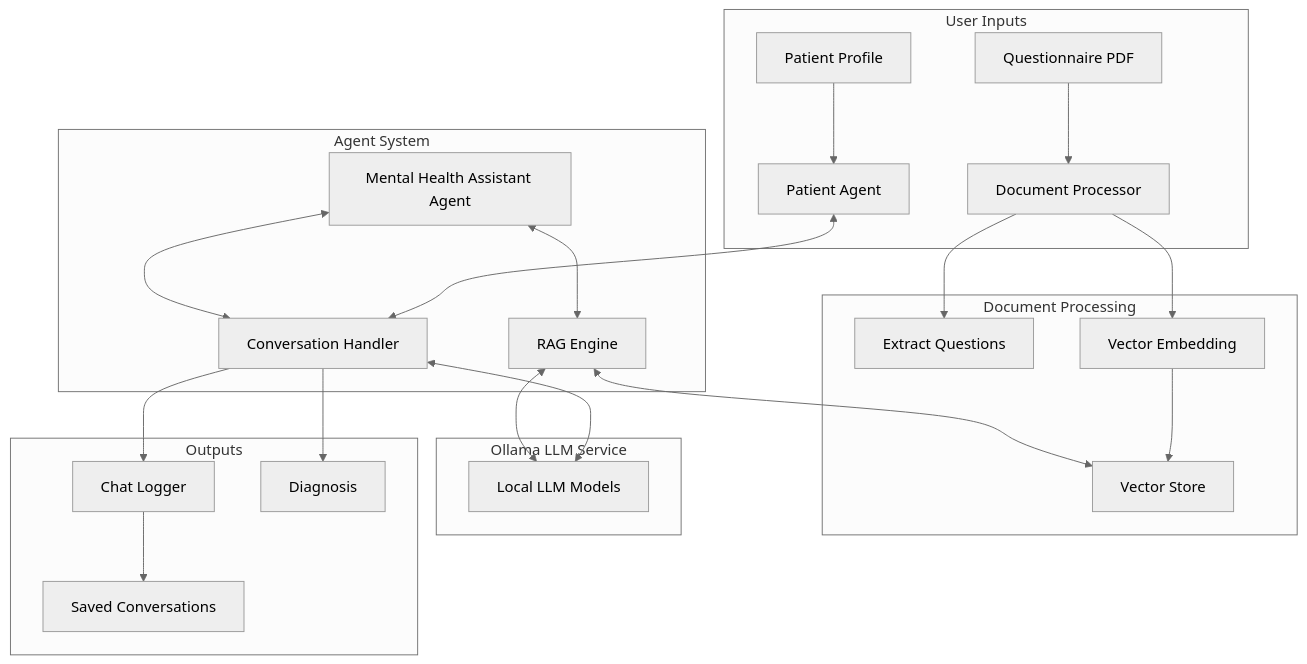
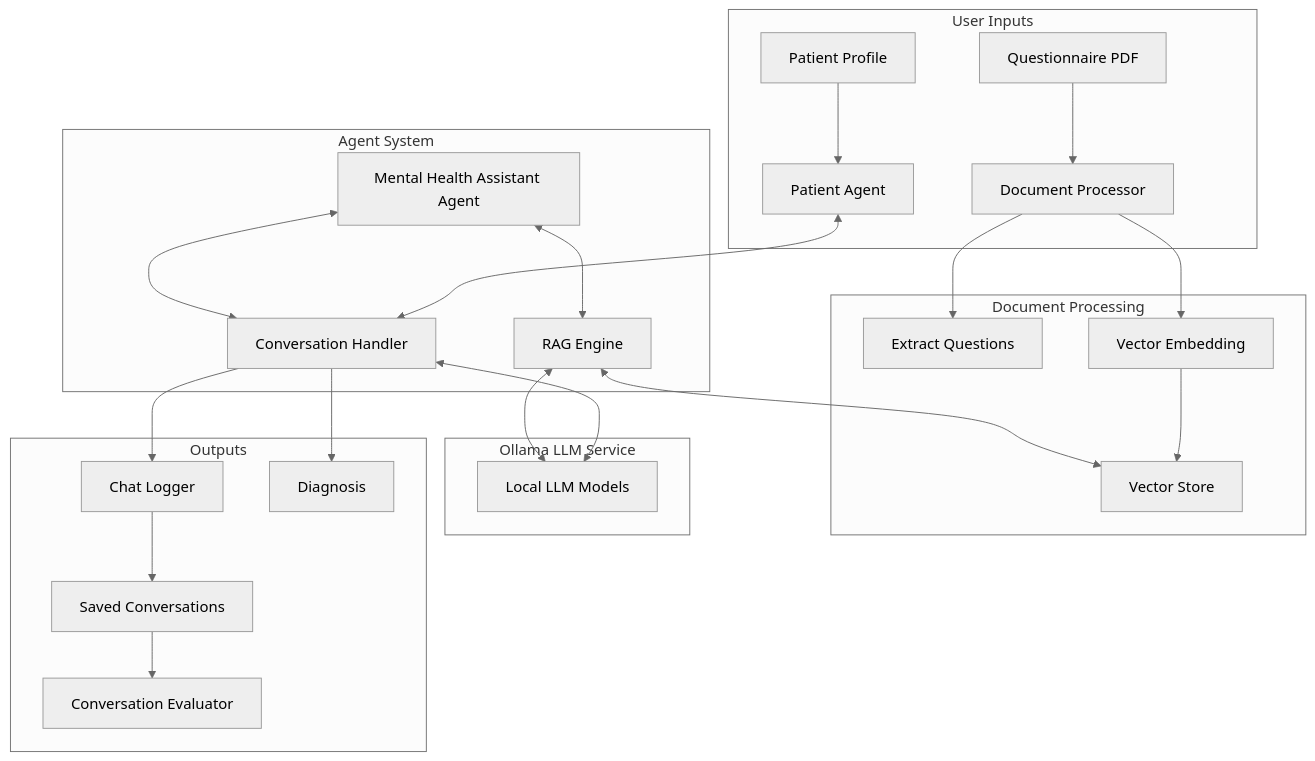
Before and after one commit to mithatco/mental_health_multiagent: the diagram in README.md, drawn with Mermaid (neutral theme). The commit also changed other lines of this file and 2 other files, not shown here.

````diff
--- a/README.md
+++ b/README.md
@@ -34,31 +38,32 @@
 ```mermaid
 graph TD
     subgraph "User Inputs"
         A[Questionnaire PDF] --> D
         B[Patient Profile] --> E
     end
 
     subgraph "Document Processing"
         D[Document Processor] --> D1[Extract Questions]
         D[Document Processor] --> D2[Vector Embedding]
         D2 --> V[Vector Store]
     end
 
     subgraph "Agent System"
         E[Patient Agent] <--> F[Conversation Handler]
         G[Mental Health Assistant Agent] <--> F
         G <--> R[RAG Engine]
         R <--> V
     end
 
     subgraph "Ollama LLM Service"
         F <--> O[Local LLM Models]
         R <--> O
     end
 
     subgraph "Outputs"
         F --> L[Chat Logger]
         F --> I[Diagnosis]
         L --> S[Saved Conversations]
+        S --> EV[Conversation Evaluator]
     end
 ```
````
